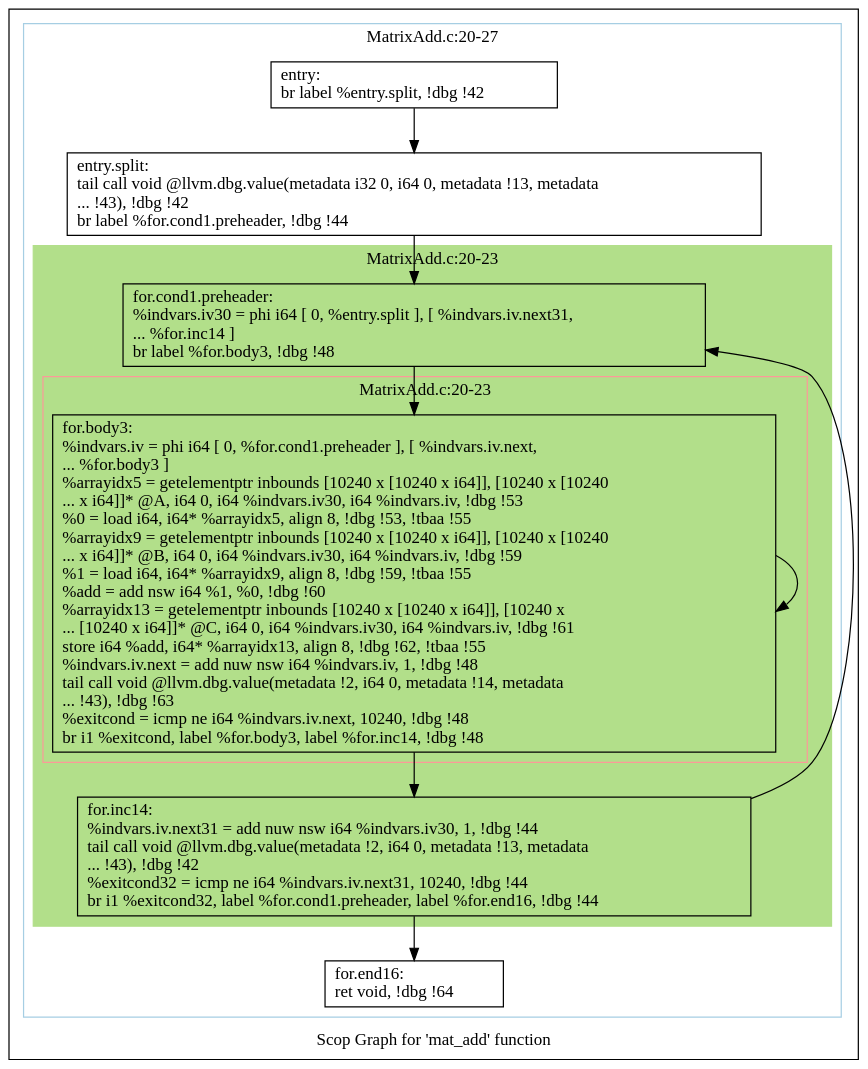
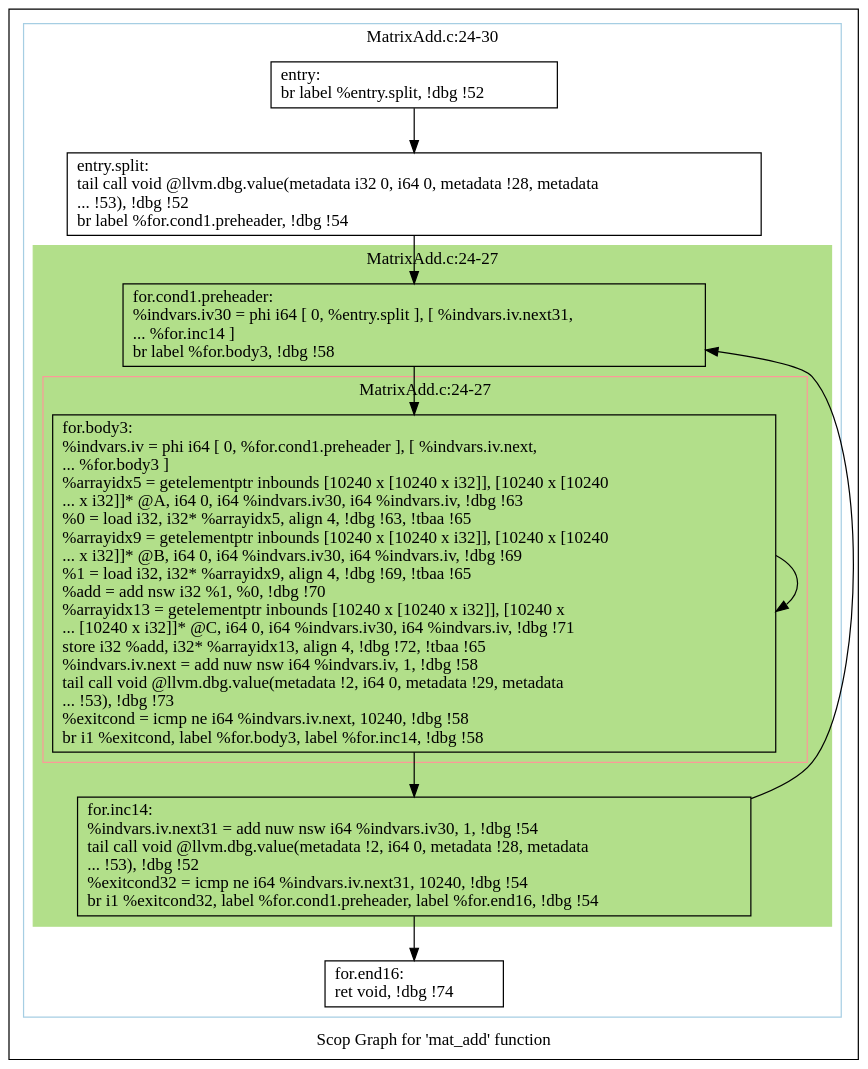
Before and after one commit to samminweng/WhileyOpenCL: the diagram in polly/MatrixAdd/impl/handwritten/dot/scops.mat_add.dot, drawn with Graphviz. The commit also changed 19 other files, not shown here.

```diff
--- a/polly/MatrixAdd/impl/handwritten/dot/scops.mat_add.dot
+++ b/polly/MatrixAdd/impl/handwritten/dot/scops.mat_add.dot
@@ -1,41 +1,41 @@
 digraph "Scop Graph for 'mat_add' function" {
 	label="Scop Graph for 'mat_add' function";
 
-	Node0x8f0cad0 [shape=record,label="{entry:\l  br label %entry.split, !dbg !42\l}"];
-	Node0x8f0cad0 -> Node0x8f0caf0;
-	Node0x8f0caf0 [shape=record,label="{entry.split:                                      \l  tail call void @llvm.dbg.value(metadata i32 0, i64 0, metadata !13, metadata\l... !43), !dbg !42\l  br label %for.cond1.preheader, !dbg !44\l}"];
-	Node0x8f0caf0 -> Node0x8e69a70;
-	Node0x8e69a70 [shape=record,label="{for.cond1.preheader:                              \l  %indvars.iv30 = phi i64 [ 0, %entry.split ], [ %indvars.iv.next31,\l... %for.inc14 ]\l  br label %for.body3, !dbg !48\l}"];
-	Node0x8e69a70 -> Node0x8f0cb90;
-	Node0x8f0cb90 [shape=record,label="{for.body3:                                        \l  %indvars.iv = phi i64 [ 0, %for.cond1.preheader ], [ %indvars.iv.next,\l... %for.body3 ]\l  %arrayidx5 = getelementptr inbounds [10240 x [10240 x i64]], [10240 x [10240\l... x i64]]* @A, i64 0, i64 %indvars.iv30, i64 %indvars.iv, !dbg !53\l  %0 = load i64, i64* %arrayidx5, align 8, !dbg !53, !tbaa !55\l  %arrayidx9 = getelementptr inbounds [10240 x [10240 x i64]], [10240 x [10240\l... x i64]]* @B, i64 0, i64 %indvars.iv30, i64 %indvars.iv, !dbg !59\l  %1 = load i64, i64* %arrayidx9, align 8, !dbg !59, !tbaa !55\l  %add = add nsw i64 %1, %0, !dbg !60\l  %arrayidx13 = getelementptr inbounds [10240 x [10240 x i64]], [10240 x\l... [10240 x i64]]* @C, i64 0, i64 %indvars.iv30, i64 %indvars.iv, !dbg !61\l  store i64 %add, i64* %arrayidx13, align 8, !dbg !62, !tbaa !55\l  %indvars.iv.next = add nuw nsw i64 %indvars.iv, 1, !dbg !48\l  tail call void @llvm.dbg.value(metadata !2, i64 0, metadata !14, metadata\l... !43), !dbg !63\l  %exitcond = icmp ne i64 %indvars.iv.next, 10240, !dbg !48\l  br i1 %exitcond, label %for.body3, label %for.inc14, !dbg !48\l}"];
-	Node0x8f0cb90 -> Node0x8f0cb90[constraint=false];
-	Node0x8f0cb90 -> Node0x8f34450;
-	Node0x8f34450 [shape=record,label="{for.inc14:                                        \l  %indvars.iv.next31 = add nuw nsw i64 %indvars.iv30, 1, !dbg !44\l  tail call void @llvm.dbg.value(metadata !2, i64 0, metadata !13, metadata\l... !43), !dbg !42\l  %exitcond32 = icmp ne i64 %indvars.iv.next31, 10240, !dbg !44\l  br i1 %exitcond32, label %for.cond1.preheader, label %for.end16, !dbg !44\l}"];
-	Node0x8f34450 -> Node0x8e69a70[constraint=false];
-	Node0x8f34450 -> Node0x8f344b0;
-	Node0x8f344b0 [shape=record,label="{for.end16:                                        \l  ret void, !dbg !64\l}"];
+	Node0x9e212a0 [shape=record,label="{entry:\l  br label %entry.split, !dbg !52\l}"];
+	Node0x9e212a0 -> Node0x9e22f60;
+	Node0x9e22f60 [shape=record,label="{entry.split:                                      \l  tail call void @llvm.dbg.value(metadata i32 0, i64 0, metadata !28, metadata\l... !53), !dbg !52\l  br label %for.cond1.preheader, !dbg !54\l}"];
+	Node0x9e22f60 -> Node0x9e1c4a0;
+	Node0x9e1c4a0 [shape=record,label="{for.cond1.preheader:                              \l  %indvars.iv30 = phi i64 [ 0, %entry.split ], [ %indvars.iv.next31,\l... %for.inc14 ]\l  br label %for.body3, !dbg !58\l}"];
+	Node0x9e1c4a0 -> Node0x9e1c990;
+	Node0x9e1c990 [shape=record,label="{for.body3:                                        \l  %indvars.iv = phi i64 [ 0, %for.cond1.preheader ], [ %indvars.iv.next,\l... %for.body3 ]\l  %arrayidx5 = getelementptr inbounds [10240 x [10240 x i32]], [10240 x [10240\l... x i32]]* @A, i64 0, i64 %indvars.iv30, i64 %indvars.iv, !dbg !63\l  %0 = load i32, i32* %arrayidx5, align 4, !dbg !63, !tbaa !65\l  %arrayidx9 = getelementptr inbounds [10240 x [10240 x i32]], [10240 x [10240\l... x i32]]* @B, i64 0, i64 %indvars.iv30, i64 %indvars.iv, !dbg !69\l  %1 = load i32, i32* %arrayidx9, align 4, !dbg !69, !tbaa !65\l  %add = add nsw i32 %1, %0, !dbg !70\l  %arrayidx13 = getelementptr inbounds [10240 x [10240 x i32]], [10240 x\l... [10240 x i32]]* @C, i64 0, i64 %indvars.iv30, i64 %indvars.iv, !dbg !71\l  store i32 %add, i32* %arrayidx13, align 4, !dbg !72, !tbaa !65\l  %indvars.iv.next = add nuw nsw i64 %indvars.iv, 1, !dbg !58\l  tail call void @llvm.dbg.value(metadata !2, i64 0, metadata !29, metadata\l... !53), !dbg !73\l  %exitcond = icmp ne i64 %indvars.iv.next, 10240, !dbg !58\l  br i1 %exitcond, label %for.body3, label %for.inc14, !dbg !58\l}"];
+	Node0x9e1c990 -> Node0x9e1c990[constraint=false];
+	Node0x9e1c990 -> Node0x9e20ca0;
+	Node0x9e20ca0 [shape=record,label="{for.inc14:                                        \l  %indvars.iv.next31 = add nuw nsw i64 %indvars.iv30, 1, !dbg !54\l  tail call void @llvm.dbg.value(metadata !2, i64 0, metadata !28, metadata\l... !53), !dbg !52\l  %exitcond32 = icmp ne i64 %indvars.iv.next31, 10240, !dbg !54\l  br i1 %exitcond32, label %for.cond1.preheader, label %for.end16, !dbg !54\l}"];
+	Node0x9e20ca0 -> Node0x9e1c4a0[constraint=false];
+	Node0x9e20ca0 -> Node0x9ec0360;
+	Node0x9ec0360 [shape=record,label="{for.end16:                                        \l  ret void, !dbg !74\l}"];
 	colorscheme = "paired12"
-        subgraph cluster_0x8f06ed0 {
-          label = "MatrixAdd.c:20-27
+        subgraph cluster_0x9e23cc0 {
+          label = "MatrixAdd.c:24-30
 ";
           style = solid;
           color = 1
-          subgraph cluster_0x8e5ea20 {
-            label = "MatrixAdd.c:20-23
+          subgraph cluster_0x9ebba60 {
+            label = "MatrixAdd.c:24-27
 ";
             style = filled;
-            color = 3            subgraph cluster_0x8e62990 {
-              label = "MatrixAdd.c:20-23
+            color = 3            subgraph cluster_0x9e1e3c0 {
+              label = "MatrixAdd.c:24-27
 ";
               style = solid;
               color = 5
-              Node0x8f0cb90;
+              Node0x9e1c990;
             }
-            Node0x8e69a70;
-            Node0x8f34450;
+            Node0x9e1c4a0;
+            Node0x9e20ca0;
           }
-          Node0x8f0cad0;
-          Node0x8f0caf0;
-          Node0x8f344b0;
+          Node0x9e212a0;
+          Node0x9e22f60;
+          Node0x9ec0360;
         }
 }
```
